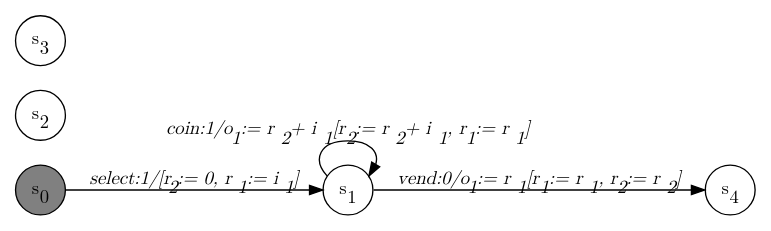
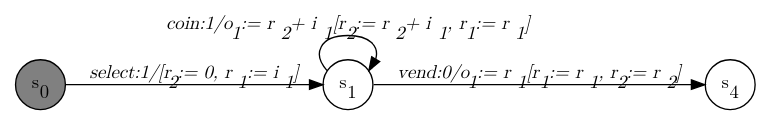
Before and after one commit to jmafoster1/efsm-sal: the diagram in dotfiles/Inference_Answer.dot, drawn with Graphviz. The commit also changed 33 other files, not shown here.

```diff
--- a/dotfiles/Inference_Answer.dot
+++ b/dotfiles/Inference_Answer.dot
@@ -1,15 +1,13 @@
 digraph Inference_Answer{
-   graph [rankdir="LR", fontname="Latin Modern Math"];
-   node [color="black", fillcolor="white", shape="circle", style="filled", fontname="Latin Modern Math"];
-   edge [fontname="Latin Modern Math"];
+    graph [rankdir="LR", fontname="Latin Modern Math"];
+    node [color="black", fillcolor="white", shape="circle", style="filled", fontname="Latin Modern Math"];
+    edge [fontname="Latin Modern Math"];
 
-   s0[fillcolor="gray", label=<s<sub>0</sub>>];
-   s1[label=<s<sub>1</sub>>];
-   s2[label=<s<sub>2</sub>>];
-   s3[label=<s<sub>3</sub>>];
-   s4[label=<s<sub>4</sub>>];
+    s0[fillcolor="gray", label=<s<sub>0</sub>>];
+    s1[label=<s<sub>1</sub>>];
+    s4[label=<s<sub>4</sub>>];
 
-   s0->s1[label=<<i>select:1/&#91;r<sub>2</sub> := 0, r<sub>1</sub> := i<sub>1</sub>&#93;</i>>];
-   s1->s1[label=<<i>coin:1/o<sub>1</sub> := r<sub>2</sub> + i<sub>1</sub>&#91;r<sub>2</sub> := r<sub>2</sub> + i<sub>1</sub>, r<sub>1</sub> := r<sub>1</sub>&#93;</i>>];
-   s1->s4[label=<<i>vend:0/o<sub>1</sub> := r<sub>1</sub>&#91;r<sub>1</sub> := r<sub>1</sub>, r<sub>2</sub> := r<sub>2</sub>&#93;</i>>];
+    s0->s1[label=<<i>select:1/&#91;r<sub>2</sub> := 0, r<sub>1</sub> := i<sub>1</sub>&#93;</i>>];
+    s1->s1[label=<<i>coin:1/o<sub>1</sub> := r<sub>2</sub> + i<sub>1</sub>&#91;r<sub>2</sub> := r<sub>2</sub> + i<sub>1</sub>, r<sub>1</sub> := r<sub>1</sub>&#93;</i>>];
+    s1->s4[label=<<i>vend:0/o<sub>1</sub> := r<sub>1</sub>&#91;r<sub>1</sub> := r<sub>1</sub>, r<sub>2</sub> := r<sub>2</sub>&#93;</i>>];
 }
```
